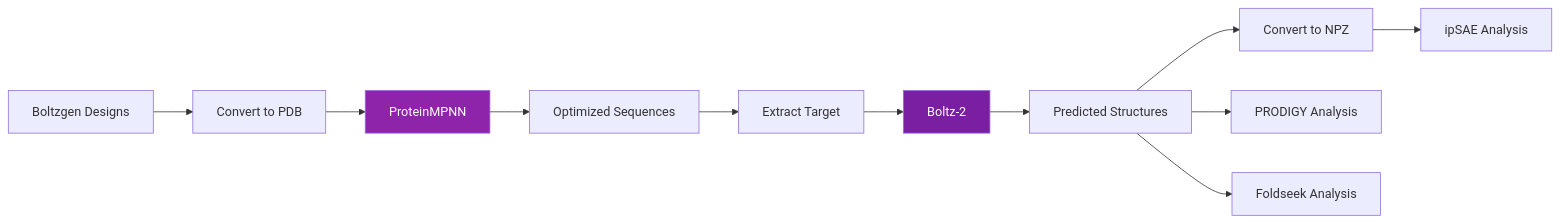
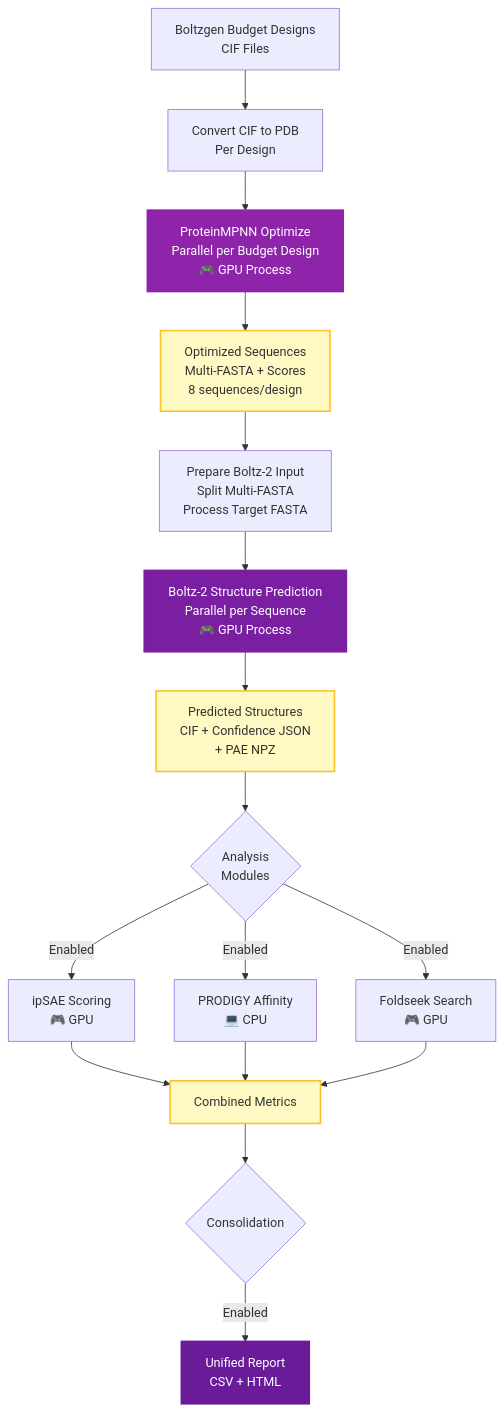
One commit to scheckley/nf-proteindesign changed the diagram in docs/analysis/proteinmpnn-boltz2.md. Above: the diagram before and after it, drawn with Mermaid. The commit also changed other lines of this file and 14 other files, not shown here.

First line of the commit message:
docs: update MkDocs diagrams and add dynamic content generation

````diff
--- a/docs/analysis/proteinmpnn-boltz2.md
+++ b/docs/analysis/proteinmpnn-boltz2.md
@@ -14,17 +14,34 @@
 ```mermaid
-flowchart LR
-    A[Boltzgen Designs] --> B[Convert to PDB]
-    B --> C[ProteinMPNN]
-    C --> D[Optimized Sequences]
-    D --> E[Extract Target]
-    E --> F[Boltz-2]
-    F --> G[Predicted Structures]
-    G --> H[Convert to NPZ]
+flowchart TB
+    A[Boltzgen Budget Designs<br/>CIF Files] --> B[Convert CIF to PDB<br/>Per Design]
     
-    H --> I[ipSAE Analysis]
-    G --> J[PRODIGY Analysis]
-    G --> K[Foldseek Analysis]
+    B --> C[ProteinMPNN Optimize<br/>Parallel per Budget Design<br/>🎮 GPU Process]
     
-    style C fill:#8E24AA,color:#fff
-    style F fill:#7B1FA2,color:#fff
+    C --> D[Optimized Sequences<br/>Multi-FASTA + Scores<br/>8 sequences/design]
+    
+    D --> E[Prepare Boltz-2 Input<br/>Split Multi-FASTA<br/>Process Target FASTA]
+    
+    E --> F[Boltz-2 Structure Prediction<br/>Parallel per Sequence<br/>🎮 GPU Process]
+    
+    F --> G[Predicted Structures<br/>CIF + Confidence JSON<br/>+ PAE NPZ]
+    
+    G --> H{Analysis<br/>Modules}
+    
+    H -->|Enabled| I[ipSAE Scoring<br/>🎮 GPU]
+    H -->|Enabled| J[PRODIGY Affinity<br/>💻 CPU]
+    H -->|Enabled| K[Foldseek Search<br/>🎮 GPU]
+    
+    I --> L[Combined Metrics]
+    J --> L
+    K --> L
+    
+    L --> M{Consolidation}
+    M -->|Enabled| N[Unified Report<br/>CSV + HTML]
+    
+    style C fill:#8E24AA,color:#fff,stroke:#8E24AA,stroke-width:3px
+    style F fill:#7B1FA2,color:#fff,stroke:#7B1FA2,stroke-width:3px
+    style N fill:#6A1B9A,color:#fff,stroke:#6A1B9A,stroke-width:3px
+    
+    classDef dataNode fill:#FFF9C4,stroke:#FBC02D,stroke-width:2px
+    class D,G,L dataNode
 ```
````
